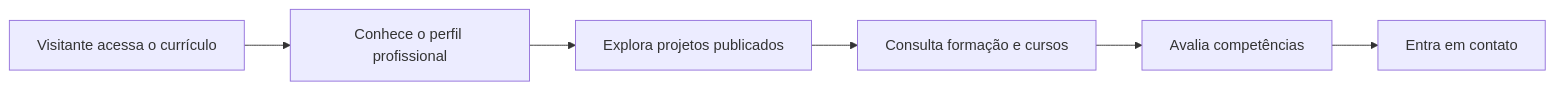
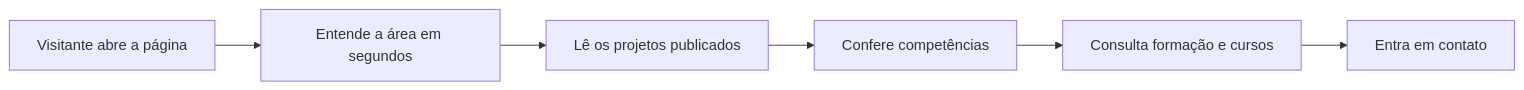
Before and after one commit to Radekradke/curriculo: the diagram in README.md, drawn with Mermaid. The commit also changed other lines of this file and 15 other files, not shown here.

First line of the commit message:
Reconstruir o currículo como portfólio profissional editorial

````diff
--- a/README.md
+++ b/README.md
@@ -70,8 +85,8 @@
 ```mermaid
 flowchart LR
-    A["Visitante acessa o currículo"] --> B["Conhece o perfil profissional"]
-    B --> C["Explora projetos publicados"]
-    C --> D["Consulta formação e cursos"]
-    D --> E["Avalia competências"]
+    A["Visitante abre a página"] --> B["Entende a área em segundos"]
+    B --> C["Lê os projetos publicados"]
+    C --> D["Confere competências"]
+    D --> E["Consulta formação e cursos"]
     E --> F["Entra em contato"]
 ```
````
